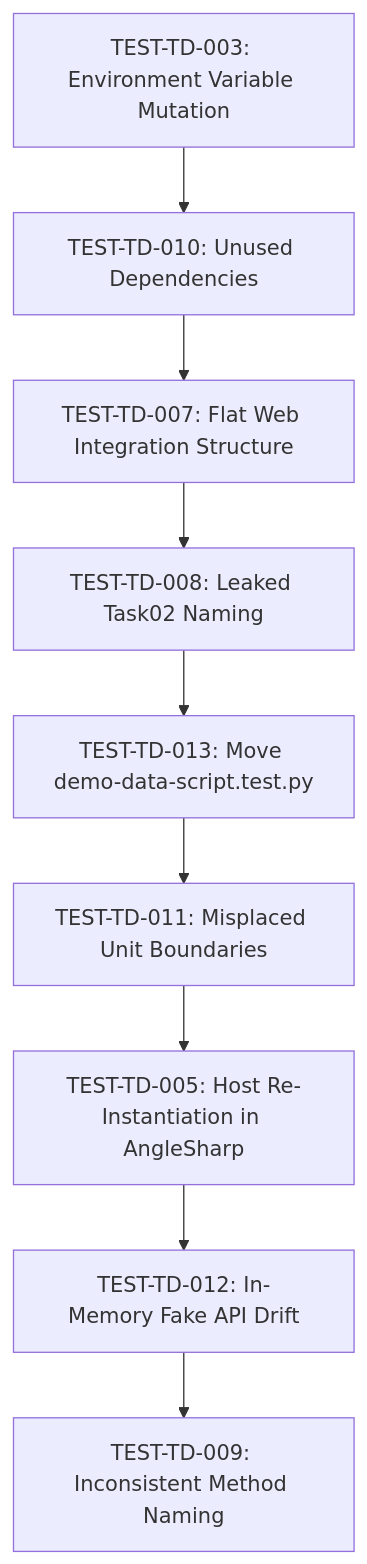
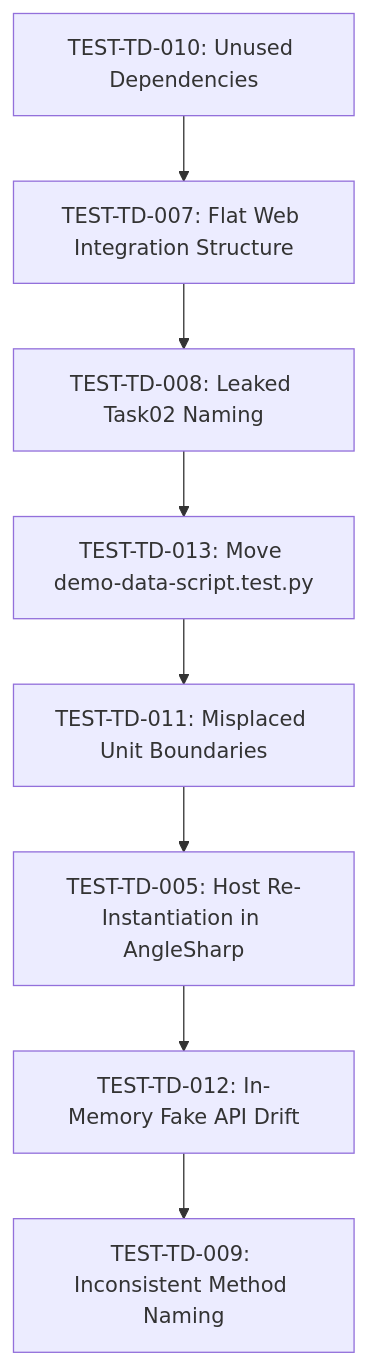
Before and after one commit to ColmKenna/Field-Sales: the diagram in docs/test-technical-debt-backlog.md, drawn with Mermaid. The commit also changed other lines of this file, not shown here.

Commit message:
docs: mark TEST-TD-003 complete and update remaining test tech debt backlog

````diff
--- a/docs/test-technical-debt-backlog.md
+++ b/docs/test-technical-debt-backlog.md
@@ -79,11 +80,10 @@
 ```mermaid
 graph TD
-    A["TEST-TD-003: Environment Variable Mutation"] --> B["TEST-TD-010: Unused Dependencies"]
-    B --> C["TEST-TD-007: Flat Web Integration Structure"]
-    C --> D["TEST-TD-008: Leaked Task02 Naming"]
-    D --> E["TEST-TD-013: Move demo-data-script.test.py"]
-    E --> F["TEST-TD-011: Misplaced Unit Boundaries"]
-    F --> G["TEST-TD-005: Host Re-Instantiation in AngleSharp"]
-    G --> H["TEST-TD-012: In-Memory Fake API Drift"]
-    H --> I["TEST-TD-009: Inconsistent Method Naming"]
+    A["TEST-TD-010: Unused Dependencies"] --> B["TEST-TD-007: Flat Web Integration Structure"]
+    B --> C["TEST-TD-008: Leaked Task02 Naming"]
+    C --> D["TEST-TD-013: Move demo-data-script.test.py"]
+    D --> E["TEST-TD-011: Misplaced Unit Boundaries"]
+    E --> F["TEST-TD-005: Host Re-Instantiation in AngleSharp"]
+    F --> G["TEST-TD-012: In-Memory Fake API Drift"]
+    G --> H["TEST-TD-009: Inconsistent Method Naming"]
 ```
````
